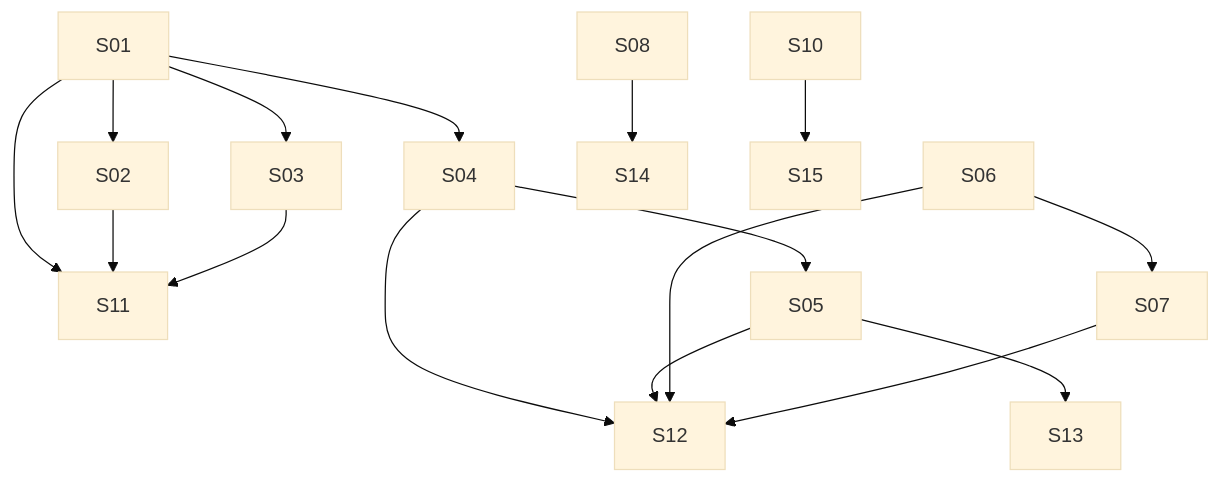
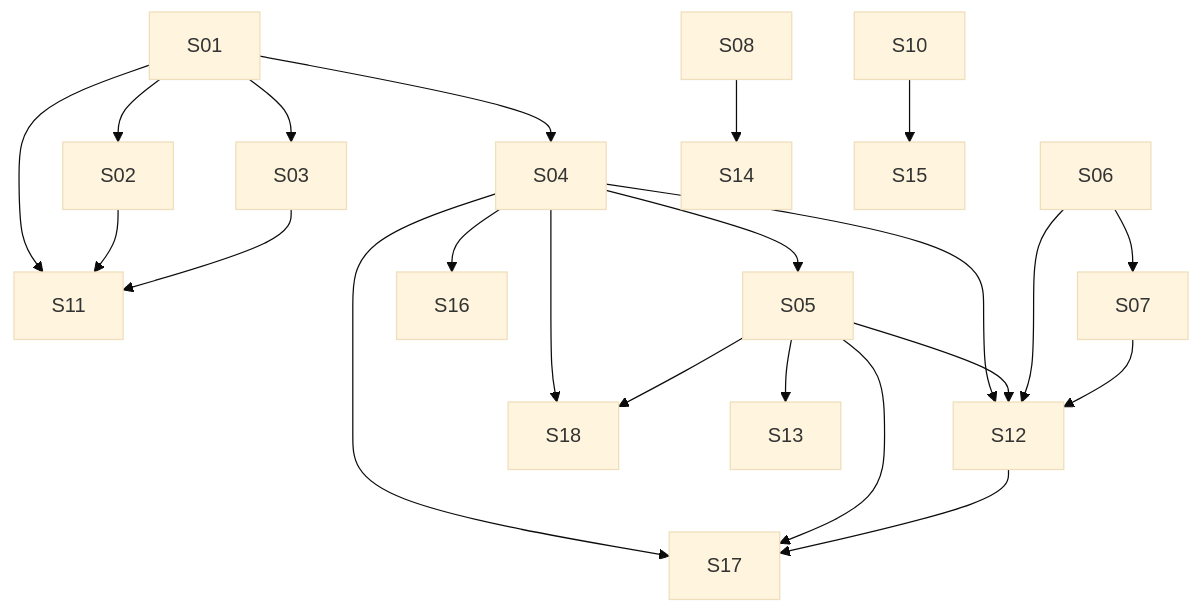
The diagram in plan/M23-MULTIVERTICAL-APPOINTMENT-BOOKING.md (lmmoreira/ikaro), drawn with Mermaid (base theme) before and after one commit. The commit also changed other lines of this file and 14 other files, not shown here.

First line of the commit message:
docs(journey): add recurring-reservation creation flow prototypes and M23-S17/S18 stories

````diff
--- a/plan/M23-MULTIVERTICAL-APPOINTMENT-BOOKING.md
+++ b/plan/M23-MULTIVERTICAL-APPOINTMENT-BOOKING.md
@@ -35,18 +38,24 @@
 ```mermaid
 graph TD
   S01 --> S02
   S01 --> S03
   S01 --> S04
   S01 --> S11
   S02 --> S11
   S03 --> S11
   S04 --> S05
   S04 --> S12
+  S04 --> S16
+  S04 --> S17
+  S04 --> S18
   S05 --> S12
   S05 --> S13
+  S05 --> S17
+  S05 --> S18
+  S12 --> S17
   S06 --> S07
   S06 --> S12
   S07 --> S12
   S08 --> S14
   S10 --> S15
 ```
````
